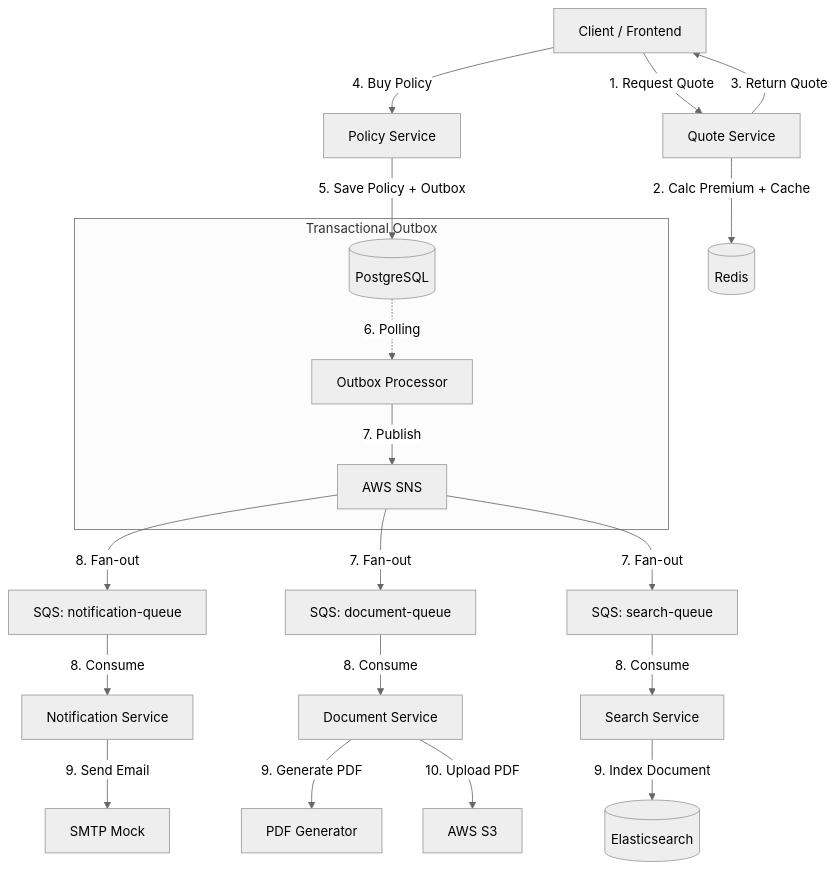
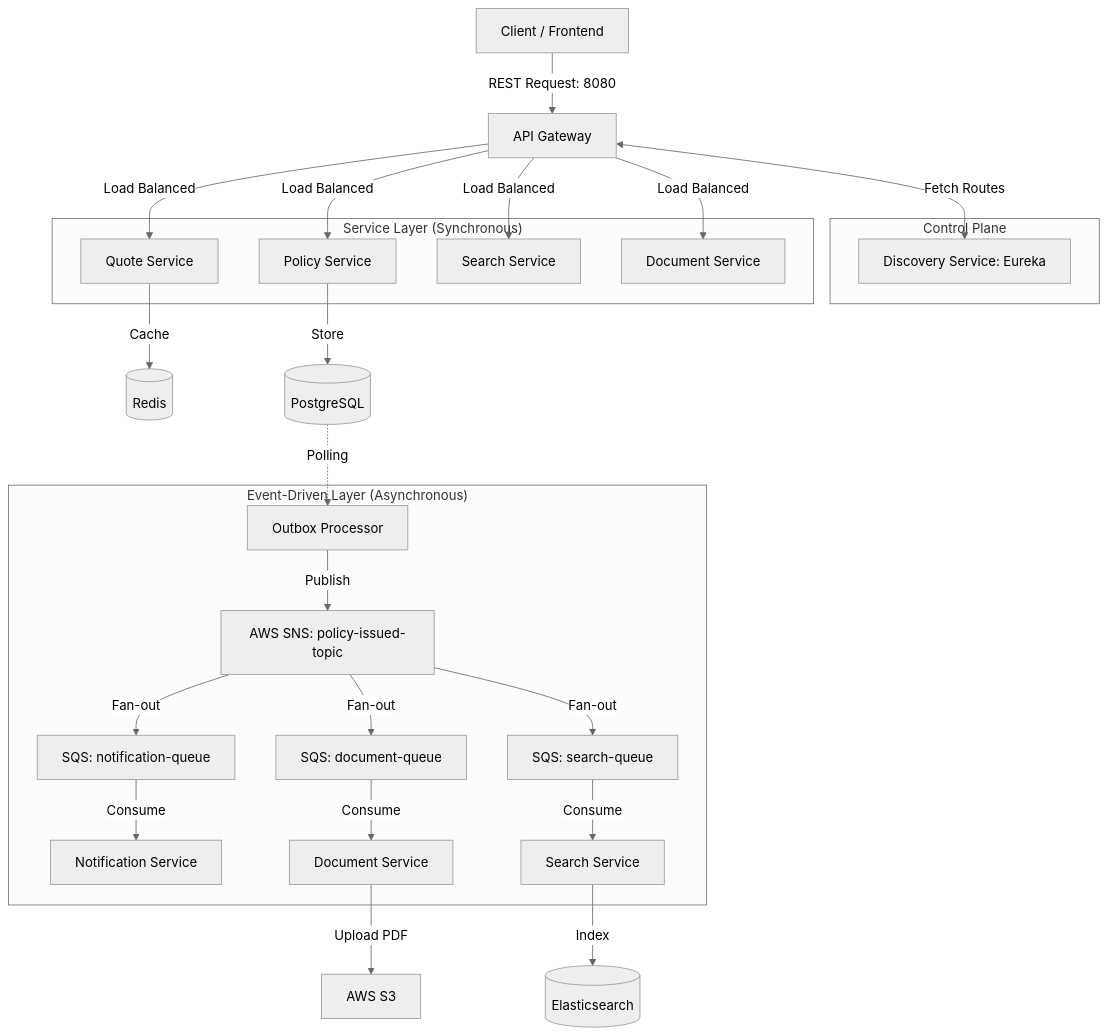
One commit to dawidbera/insure-cloud changed the diagram in README.md. Above: the diagram before and after it, drawn with Mermaid (neutral theme). The commit also changed other lines of this file and 6 other files, not shown here.

Commit message:
feat: implement API Gateway and update architecture documentation

````diff
--- a/README.md
+++ b/README.md
@@ -30,28 +26,51 @@
 ```mermaid
-graph TD
-    Client[Client / Frontend] -->|1. Request Quote| API_Quote[Quote Service]
-    API_Quote -->|2. Calc Premium + Cache| Redis[(Redis)]
-    API_Quote -->|3. Return Quote| Client
+graph TB
+    Client[Client / Frontend] -->|REST Request: 8080| GW[API Gateway]
     
-    Client -->|4. Buy Policy| API_Policy[Policy Service]
-    API_Policy -->|5. Save Policy + Outbox| DB_Postgres[(PostgreSQL)]
+    subgraph "Control Plane"
+        Eureka[Discovery Service: Eureka]
+    end
+
+    GW <-->|Fetch Routes| Eureka
     
-    subgraph Transactional Outbox
-        DB_Postgres -.->|6. Polling| OutboxProc[Outbox Processor]
-        OutboxProc -->|7. Publish| SNS[AWS SNS]
+    subgraph "Service Layer (Synchronous)"
+        API_Policy[Policy Service]
+        API_Quote[Quote Service]
+        API_Search[Search Service]
+        API_Doc[Document Service]
     end
+
+    GW -->|Load Balanced| API_Policy
+    GW -->|Load Balanced| API_Quote
+    GW -->|Load Balanced| API_Search
+    GW -->|Load Balanced| API_Doc
+
+    API_Quote -->|Cache| Redis[(Redis)]
+    API_Policy -->|Store| DB_PG[(PostgreSQL)]
     
-    SNS -->|8. Fan-out| SQS_Notif[SQS: notification-queue]
-    SNS -->|7. Fan-out| SQS_Doc[SQS: document-queue]
-    SNS -->|7. Fan-out| SQS_Search[SQS: search-queue]
+    subgraph "Event-Driven Layer (Asynchronous)"
+        Outbox[Outbox Processor]
+        SNS[AWS SNS: policy-issued-topic]
+        
+        SQS_N[SQS: notification-queue]
+        SQS_D[SQS: document-queue]
+        SQS_S[SQS: search-queue]
+        
+        Service_Notif[Notification Service]
+        Service_Doc[Document Service]
+        Service_Search[Search Service]
+    end
+
+    DB_PG -.->|Polling| Outbox
+    Outbox -->|Publish| SNS
+    SNS -->|Fan-out| SQS_N
+    SNS -->|Fan-out| SQS_D
+    SNS -->|Fan-out| SQS_S
     
-    SQS_Notif -->|8. Consume| Service_Notif[Notification Service]
-    Service_Notif -->|9. Send Email| Email[SMTP Mock]
-    
-    SQS_Doc -->|8. Consume| Service_Doc[Document Service]
-    Service_Doc -->|9. Generate PDF| PDF[PDF Generator]
-    Service_Doc -->|10. Upload PDF| S3[AWS S3]
+    SQS_N -->|Consume| Service_Notif
+    SQS_D -->|Consume| Service_Doc
+    SQS_S -->|Consume| Service_Search
 
-    SQS_Search -->|8. Consume| Service_Search[Search Service]
-    Service_Search -->|9. Index Document| ES[(Elasticsearch)]
+    Service_Doc -->|Upload PDF| S3[AWS S3]
+    Service_Search -->|Index| ES[(Elasticsearch)]
 ```
````
